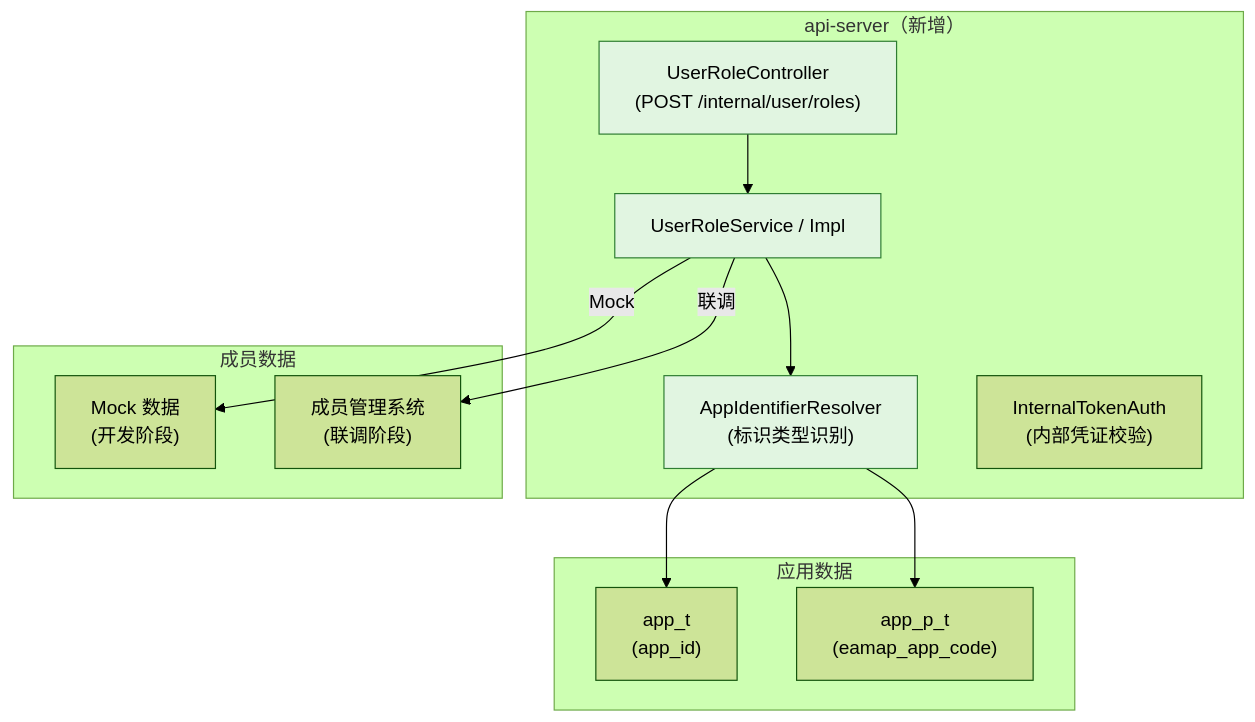
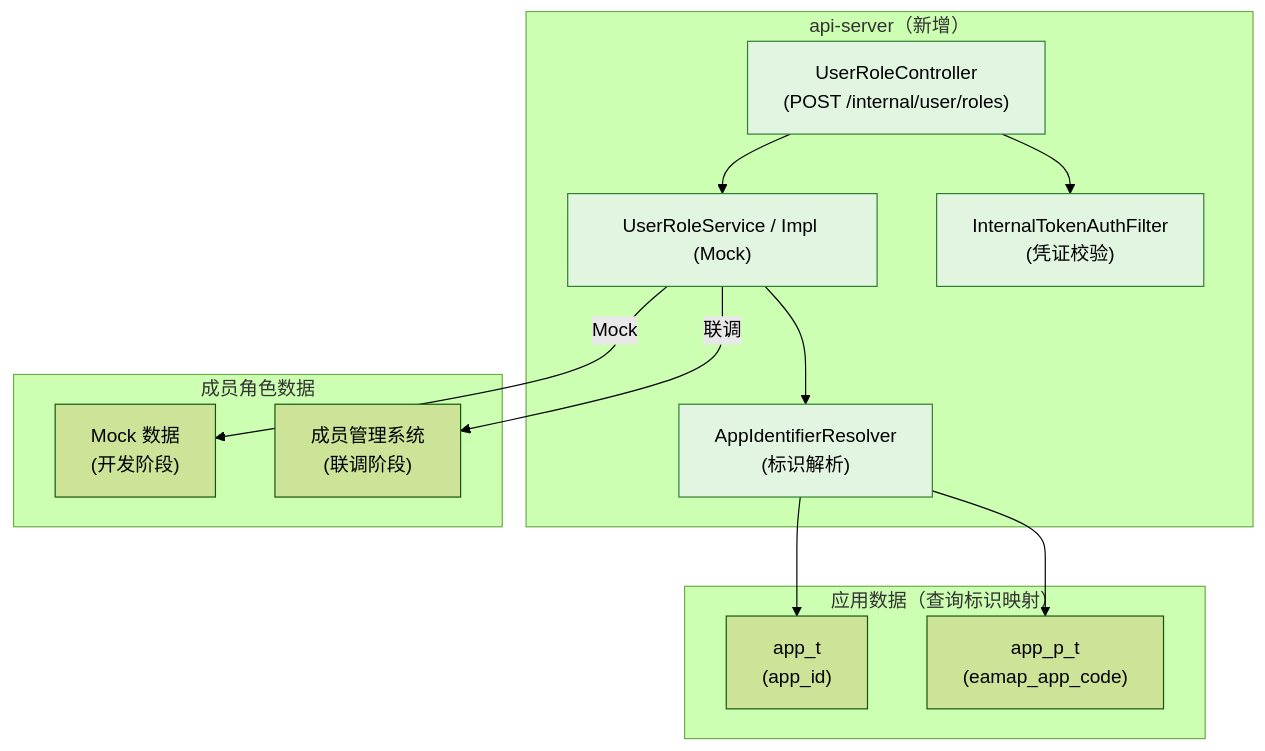
One commit to THZSummer/open-app changed the first of 3 diagrams in .sddu/specs-tree-root/specs-tree-ability-embedding/specs-tree-embedding-api/plan.md. Above: the diagram before and after it, drawn with Mermaid (forest theme). The commit also changed other lines of this file and 1 other file, not shown here.

````diff
--- a/.sddu/specs-tree-root/specs-tree-ability-embedding/specs-tree-embedding-api/plan.md
+++ b/.sddu/specs-tree-root/specs-tree-ability-embedding/specs-tree-embedding-api/plan.md
@@ -81,30 +46,32 @@
 ```mermaid
 graph TB
     subgraph APIServer["api-server（新增）"]
         UserRoleController["UserRoleController<br/>(POST /internal/user/roles)"]
-        UserRoleService["UserRoleService / Impl"]
-        AppIdentifierResolver["AppIdentifierResolver<br/>(标识类型识别)"]
-        InternalTokenFilter["InternalTokenAuth<br/>(内部凭证校验)"]
+        UserRoleService["UserRoleService / Impl (Mock)"]
+        AppIdentifierResolver["AppIdentifierResolver<br/>(标识解析)"]
+        InternalTokenAuth["InternalTokenAuthFilter<br/>(凭证校验)"]
     end
 
-    subgraph APP["应用数据"]
+    subgraph APP["应用数据（查询标识映射）"]
         AppTable["app_t<br/>(app_id)"]
         AppPTable["app_p_t<br/>(eamap_app_code)"]
     end
 
-    subgraph Member["成员数据"]
+    subgraph Member["成员角色数据"]
         MemberMock["Mock 数据<br/>(开发阶段)"]
         MemberReal["成员管理系统<br/>(联调阶段)"]
     end
 
+    UserRoleController --> InternalTokenAuth
     UserRoleController --> UserRoleService
     UserRoleService --> AppIdentifierResolver
     UserRoleService -->|Mock| MemberMock
     UserRoleService -->|联调| MemberReal
     AppIdentifierResolver --> AppTable
     AppIdentifierResolver --> AppPTable
 
     style UserRoleController fill:#e1f5e1,stroke:#2e7d32
     style UserRoleService fill:#e1f5e1,stroke:#2e7d32
     style AppIdentifierResolver fill:#e1f5e1,stroke:#2e7d32
+    style InternalTokenAuth fill:#e1f5e1,stroke:#2e7d32
 ```
````
